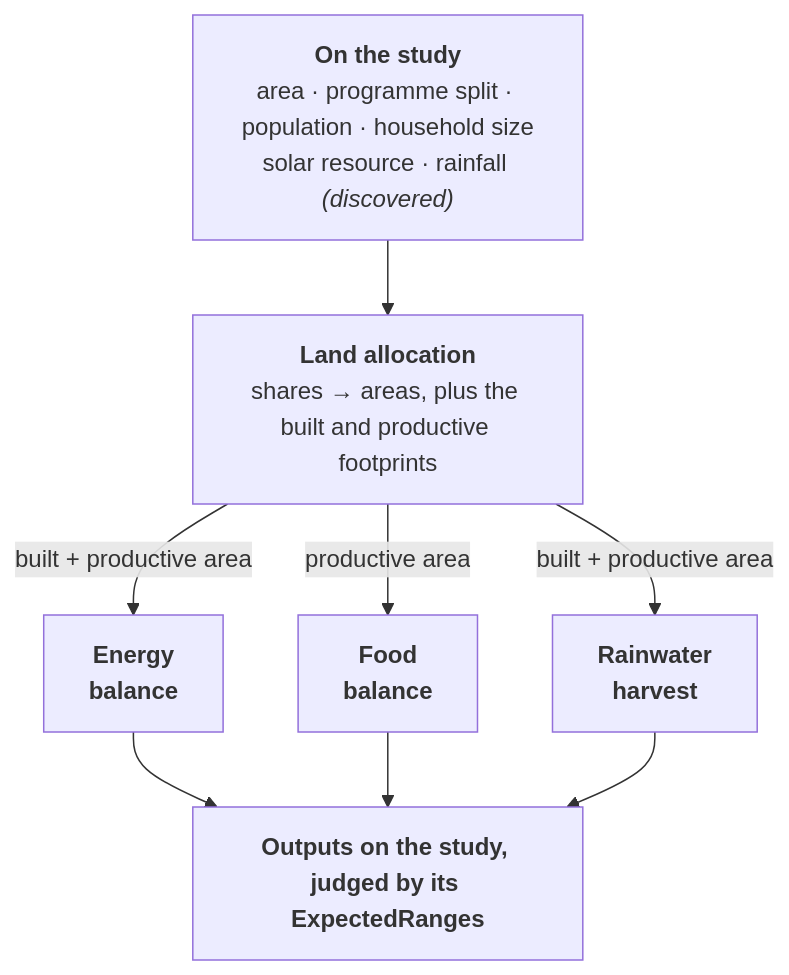
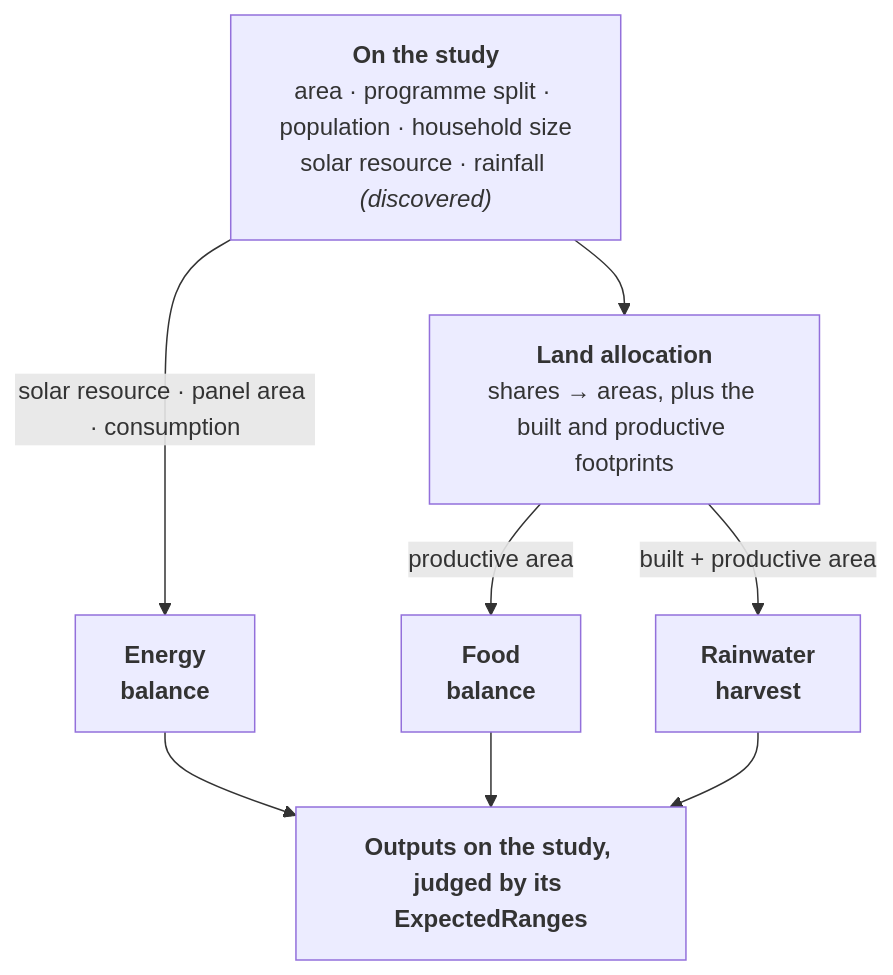
The sixth of 10 diagrams in docs/LAND_INTAKE.md (ReGen-Villages/VillageOS-API), drawn with Mermaid before and after one commit. The commit also changed other lines of this file and 7 other files, not shown here.

First line of the commit message:
sweep(#6826): one rule for a withheld number, and a diagram that stops feeding the energy balance

````diff
--- a/docs/LAND_INTAKE.md
+++ b/docs/LAND_INTAKE.md
@@ -545,17 +545,17 @@
 ```mermaid
 flowchart TB
   R["<b>On the study</b><br/>area · programme split · population · household size<br/>solar resource · rainfall <i>(discovered)</i>"]
   LA["<b>Land allocation</b><br/>shares → areas, plus the built and productive footprints"]
   EB["<b>Energy<br/>balance</b>"]
   FB["<b>Food<br/>balance</b>"]
   RH["<b>Rainwater<br/>harvest</b>"]
   W["<b>Outputs on the study, judged by its ExpectedRanges</b>"]
 
   R --> LA
-  LA -->|"built + productive area"| EB
+  R -->|"solar resource · panel area · consumption"| EB
   LA -->|"productive area"| FB
   LA -->|"built + productive area"| RH
   EB --> W
   FB --> W
   RH --> W
 ```
````
